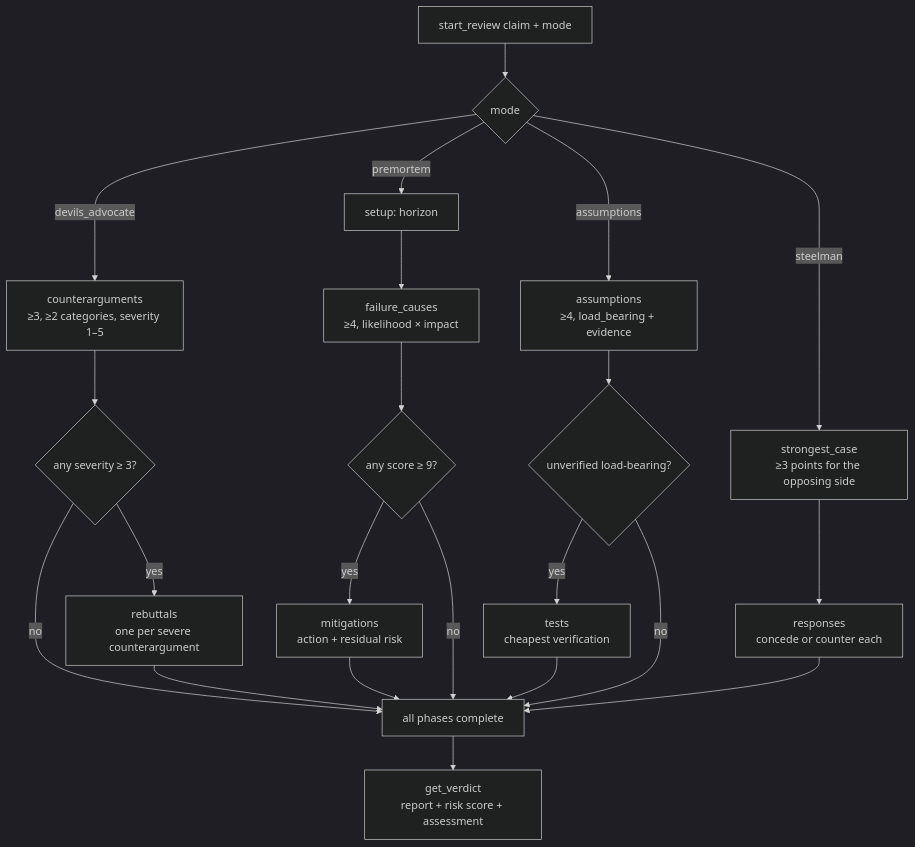
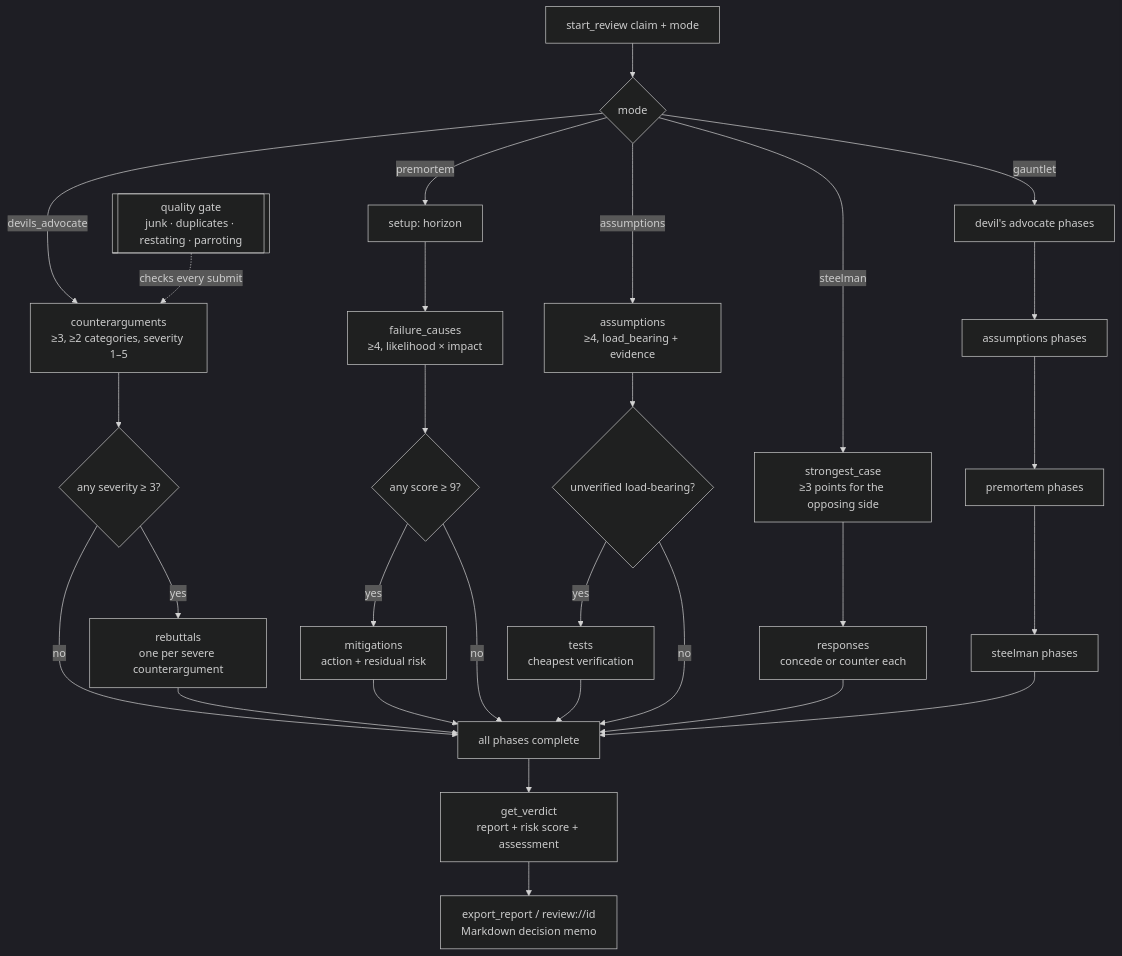
Before and after one commit to AleBrito124356/mcp-devils-advocate: the diagram in README.md, drawn with Mermaid (dark theme). The commit also changed other lines of this file and 5 other files, not shown here.

````diff
--- a/README.md
+++ b/README.md
@@ -46,20 +77,23 @@
 ```mermaid
 flowchart TD
     S[start_review claim + mode] --> M{mode}
     M -->|devils_advocate| C["counterarguments<br/>≥3, ≥2 categories, severity 1–5"]
     C --> D{any severity ≥ 3?}
     D -->|yes| R["rebuttals<br/>one per severe counterargument"]
     D -->|no| V
     R --> V[all phases complete]
     M -->|premortem| P1[setup: horizon] --> P2["failure_causes<br/>≥4, likelihood × impact"]
     P2 --> P3{any score ≥ 9?}
     P3 -->|yes| P4["mitigations<br/>action + residual risk"] --> V
     P3 -->|no| V
     M -->|assumptions| A1["assumptions<br/>≥4, load_bearing + evidence"]
     A1 --> A2{unverified load-bearing?}
     A2 -->|yes| A3["tests<br/>cheapest verification"] --> V
     A2 -->|no| V
     M -->|steelman| T1["strongest_case<br/>≥3 points for the opposing side"]
     T1 --> T2["responses<br/>concede or counter each"] --> V
+    M -->|gauntlet| GA["devil's advocate phases"] --> GB["assumptions phases"] --> GC["premortem phases"] --> GD["steelman phases"] --> V
+    Q[[quality gate<br/>junk · duplicates · restating · parroting]] -. checks every submit .-> C
     V --> G["get_verdict<br/>report + risk score + assessment"]
+    G --> E["export_report / review://id<br/>Markdown decision memo"]
 ```
````
